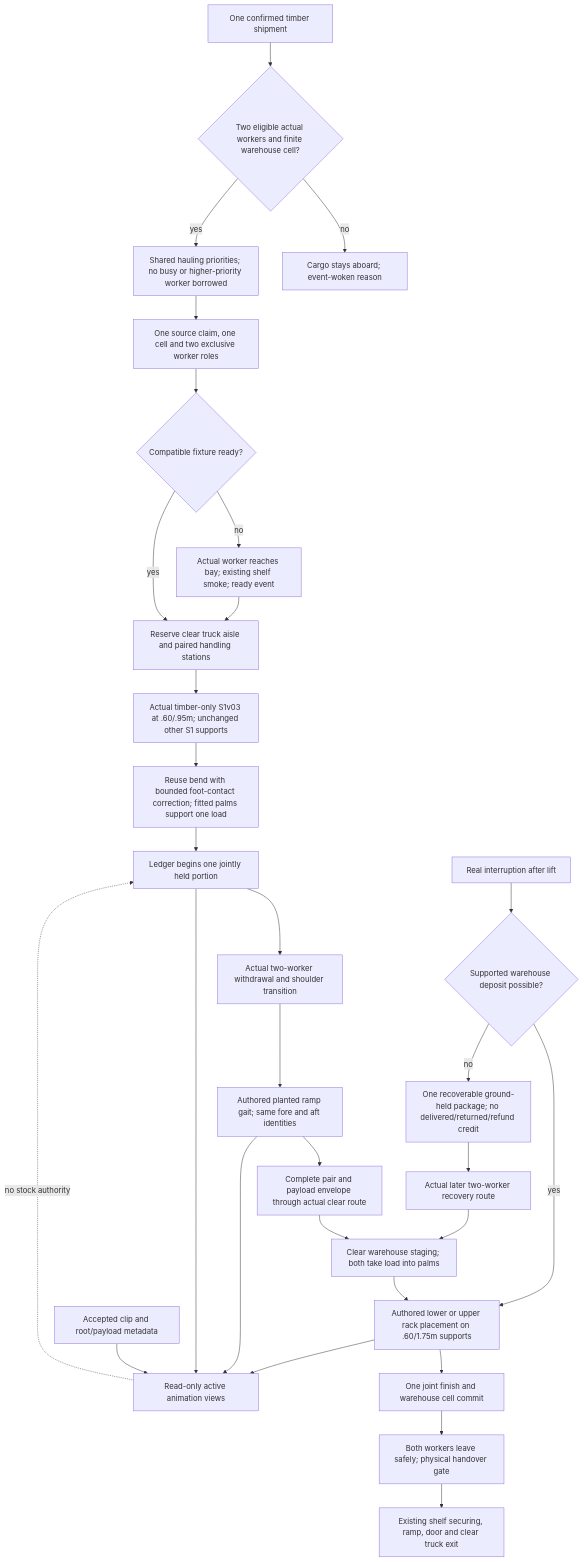
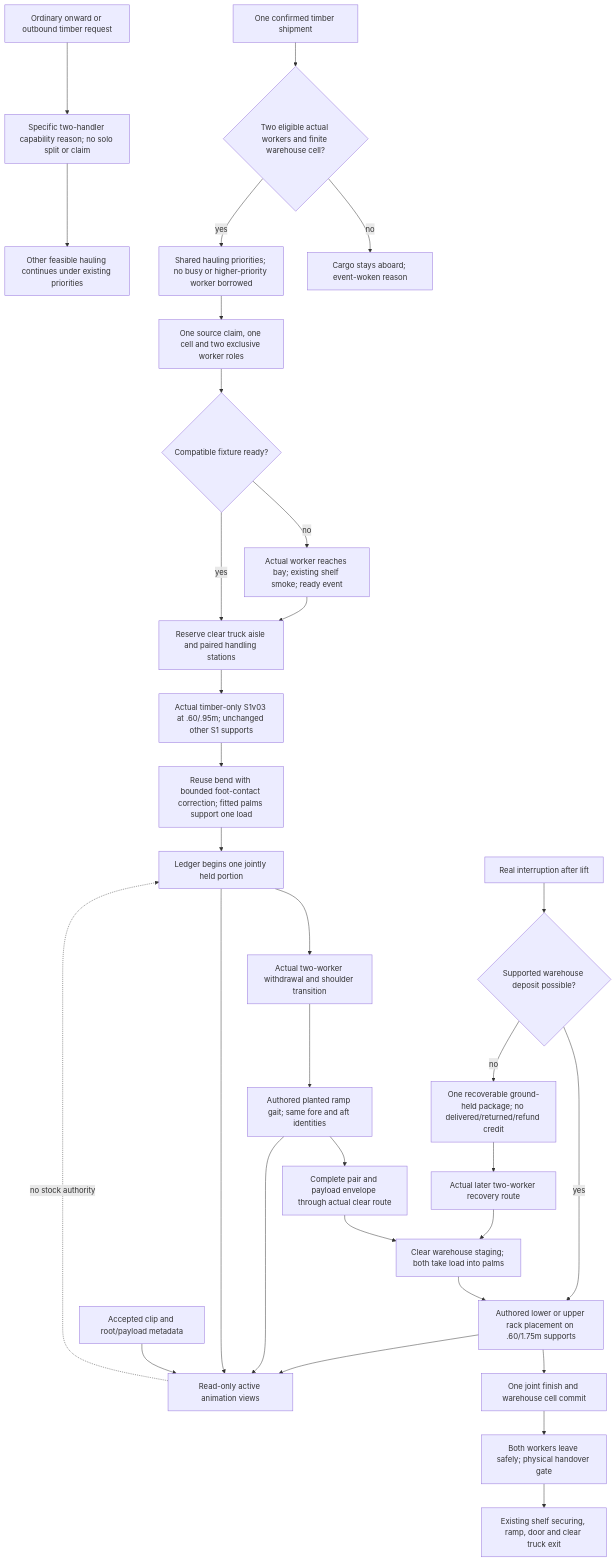
Before and after one commit to TheInfinityIQ/Trencho_V4: the diagram in docs/diagrams/paired_timber_delivery.mmd, drawn with Mermaid. The commit also changed 14 other files, not shown here.

Commit message:
Keep unsupported solo timber out of ordinary hauling and dispatch

```diff
--- a/docs/diagrams/paired_timber_delivery.mmd
+++ b/docs/diagrams/paired_timber_delivery.mmd
@@ -1,30 +1,32 @@
 flowchart TD
   Order[One confirmed timber shipment] --> Ready{Two eligible actual workers and finite warehouse cell?}
+  Onward[Ordinary onward or outbound timber request] --> Unsupported[Specific two-handler capability reason; no solo split or claim]
+  Unsupported --> Other[Other feasible hauling continues under existing priorities]
   Ready -->|no| Hold[Cargo stays aboard; event-woken reason]
   Ready -->|yes| Priority[Shared hauling priorities; no busy or higher-priority worker borrowed]
   Priority --> Reserve[One source claim, one cell and two exclusive worker roles]
   Reserve --> Fixture{Compatible fixture ready?}
   Fixture -->|no| Prepare[Actual worker reaches bay; existing shelf smoke; ready event]
   Prepare --> Access
   Fixture -->|yes| Access[Reserve clear truck aisle and paired handling stations]
   Access --> Rack[Actual timber-only S1v03 at .60/.95m; unchanged other S1 supports]
   Rack --> Pickup[Reuse bend with bounded foot-contact correction; fitted palms support one load]
   Pickup --> Joint[Ledger begins one jointly held portion]
   Joint --> Withdraw[Actual two-worker withdrawal and shoulder transition]
   Withdraw --> Ramp[Authored planted ramp gait; same fore and aft identities]
   Ramp --> Route[Complete pair and payload envelope through actual clear route]
   Route --> Stage[Clear warehouse staging; both take load into palms]
   Stage --> Place[Authored lower or upper rack placement on .60/1.75m supports]
   Place --> Commit[One joint finish and warehouse cell commit]
   Commit --> Release[Both workers leave safely; physical handover gate]
   Release --> Depart[Existing shelf securing, ramp, door and clear truck exit]
   Pose[Accepted clip and root/payload metadata] --> View[Read-only active animation views]
   Joint --> View
   Ramp --> View
   Place --> View
   View -. no stock authority .-> Joint
   Interrupted[Real interruption after lift] --> Safe{Supported warehouse deposit possible?}
   Safe -->|yes| Place
   Safe -->|no| Ground[One recoverable ground-held package; no delivered/returned/refund credit]
   Ground --> Recover[Actual later two-worker recovery route]
   Recover --> Stage
```
